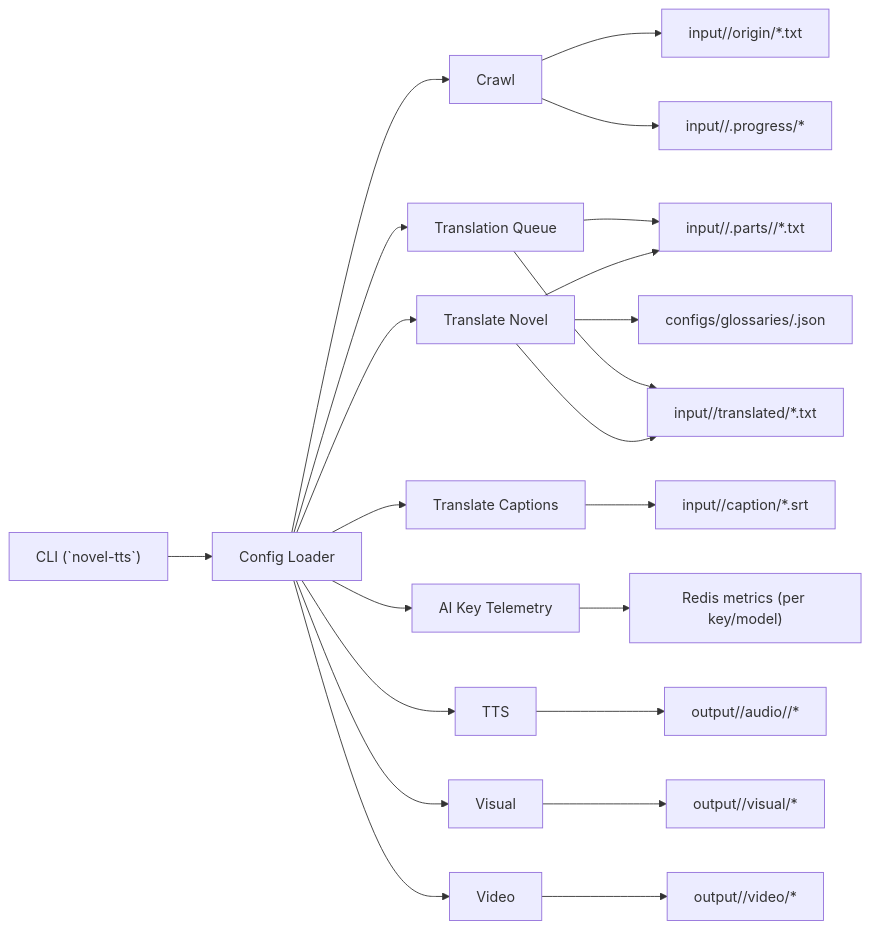
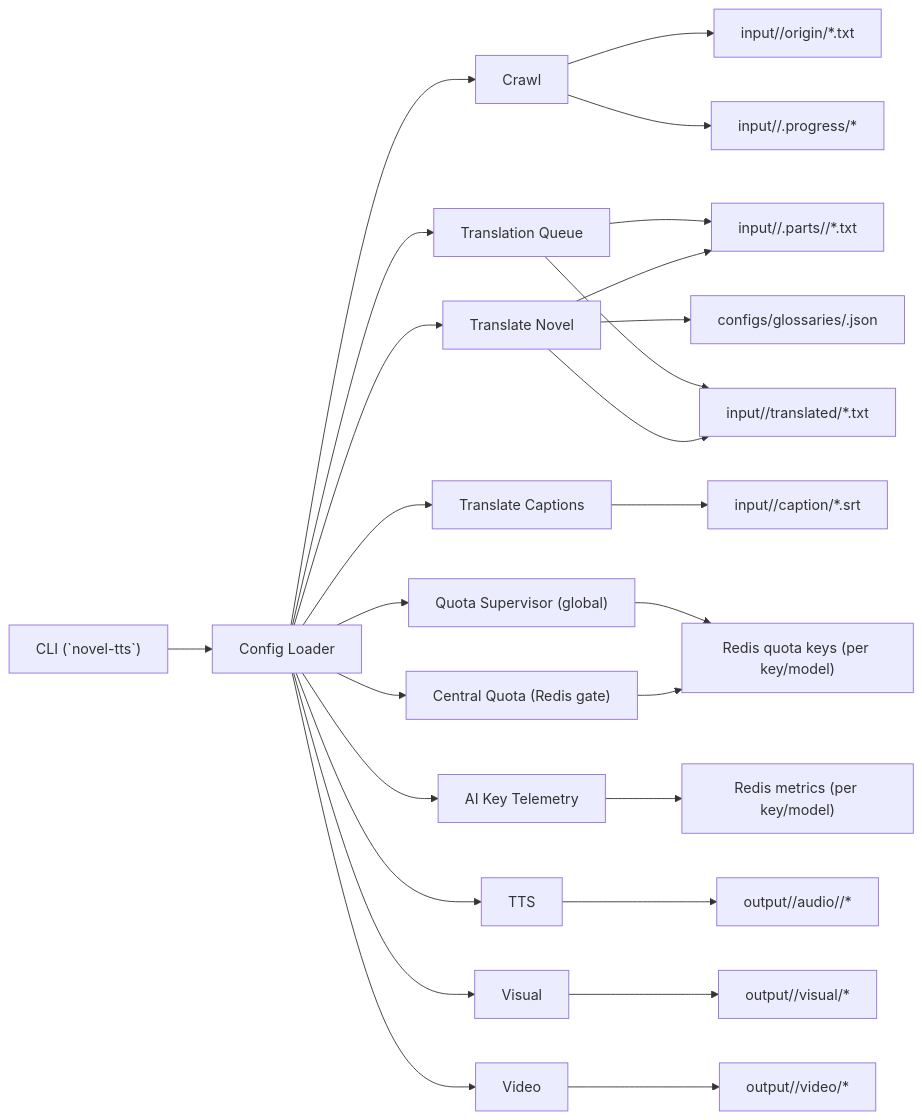
The first of 8 diagrams in docs/ARCHITECTURE.md (danielpham765/novel-tts), drawn with Mermaid before and after one commit. The commit also changed other lines of this file and 78 other files, not shown here.

````diff
--- a/docs/ARCHITECTURE.md
+++ b/docs/ARCHITECTURE.md
@@ -25,25 +25,29 @@
 ```mermaid
 flowchart LR
     CLI["CLI (`novel-tts`)"] --> CFG["Config Loader"]
     CFG --> CRAWL["Crawl"]
     CFG --> TRANS["Translate Novel"]
     CFG --> CAP["Translate Captions"]
     CFG --> QUEUE["Translation Queue"]
+    CFG --> QUOTA["Central Quota (Redis gate)"]
+    CFG --> QUOTASUP["Quota Supervisor (global)"]
     CFG --> AIKEY["AI Key Telemetry"]
     CFG --> TTS["TTS"]
     CFG --> VIS["Visual"]
     CFG --> VID["Video"]
 
     CRAWL --> ORIGIN["input/<novel>/origin/*.txt"]
     CRAWL --> PROGRESS["input/<novel>/.progress/*"]
     TRANS --> PARTS["input/<novel>/.parts/<batch>/*.txt"]
     TRANS --> TRANSLATED["input/<novel>/translated/*.txt"]
     TRANS --> GLOSSARY["configs/glossaries/<novel>.json"]
     CAP --> CAPTION["input/<novel>/caption/*.srt"]
     QUEUE --> PARTS
     QUEUE --> TRANSLATED
+    QUOTA --> REDISQUOTA["Redis quota keys (per key/model)"]
+    QUOTASUP --> REDISQUOTA
     AIKEY --> REDISMETRICS["Redis metrics (per key/model)"]
     TTS --> AUDIO["output/<novel>/audio/<range>/*"]
     VIS --> VISUAL["output/<novel>/visual/*"]
     VID --> VIDEO["output/<novel>/video/*"]
 ```
````
